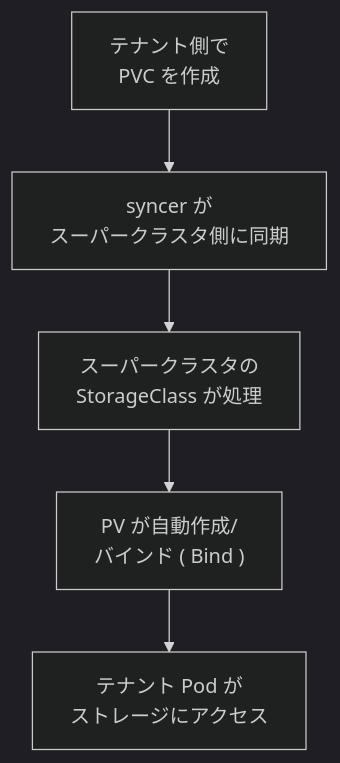
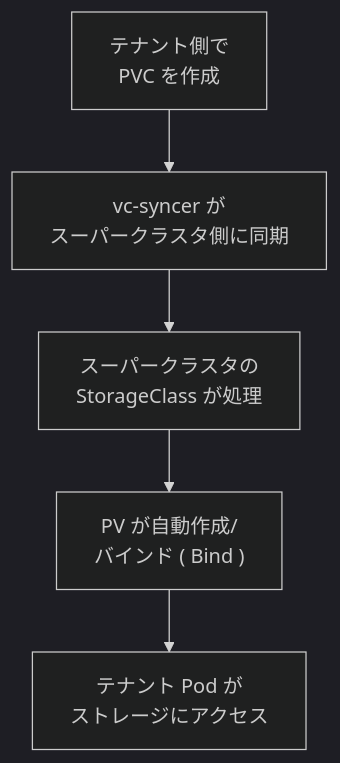
The first of 2 diagrams in roles/k8s-virtual-cluster/Readme.md (takeharukato/ansible-linux-setup), drawn with Mermaid (dark theme) before and after one commit. The commit also changed other lines of this file, not shown here.

````diff
--- a/roles/k8s-virtual-cluster/Readme.md
+++ b/roles/k8s-virtual-cluster/Readme.md
@@ -475,7 +477,7 @@
 ```mermaid
 flowchart TD
-    A["テナント側で<br/>PVC を作成"] --> B["syncer が<br/>スーパークラスタ側に同期"]
+    A["テナント側で<br/>PVC を作成"] --> B["vc-syncer が<br/>スーパークラスタ側に同期"]
     B --> C["スーパークラスタの<br/>StorageClass が処理"]
     C --> D["PV が自動作成/<br/>バインド ( Bind ) "]
     D --> E["テナント Pod が<br/>ストレージにアクセス"]
 ```
````
